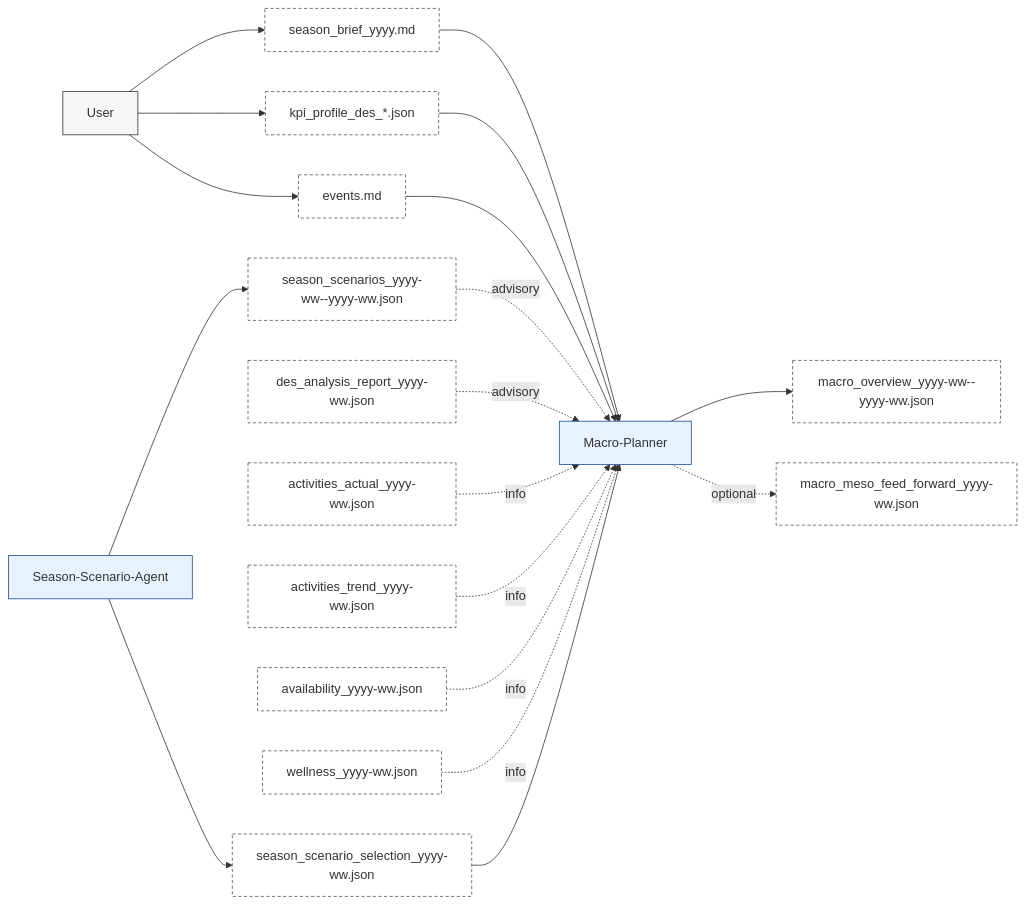
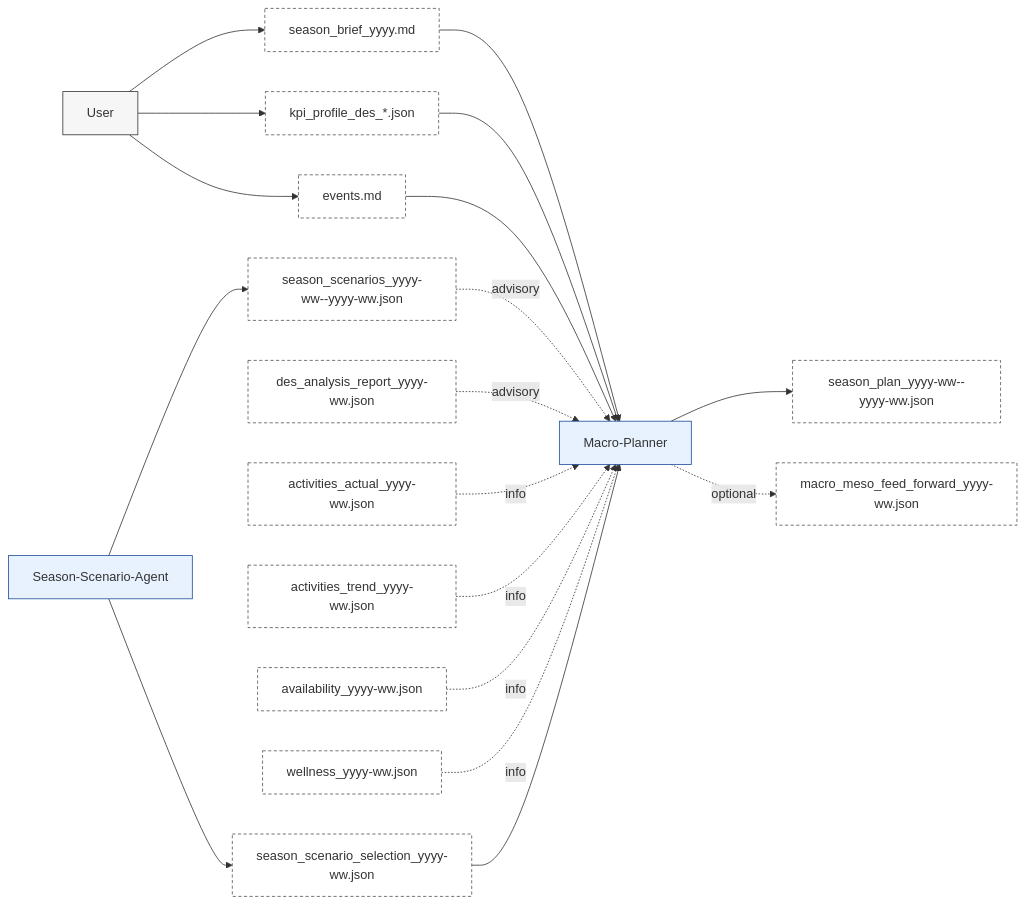
The third of 8 diagrams in doc/artefact_flow_overview_and_detail.md (albauer-priv/RPS), drawn with Mermaid before and after one commit. The commit also changed other lines of this file and 94 other files, not shown here.

````diff
--- a/doc/artefact_flow_overview_and_detail.md
+++ b/doc/artefact_flow_overview_and_detail.md
@@ -168,23 +168,23 @@
 ```mermaid
 flowchart LR
   U[User]:::actor --> SB[season_brief_yyyy.md]:::artefact --> MA[Macro-Planner]:::agent
   U --> KP[kpi_profile_des_*.json]:::artefact --> MA
   U --> EV[events.md]:::artefact --> MA
   SC[season_scenarios_yyyy-ww--yyyy-ww.json]:::artefact -. advisory .-> MA
   DR[des_analysis_report_yyyy-ww.json]:::artefact -. advisory .-> MA
   AA[activities_actual_yyyy-ww.json]:::artefact -. info .-> MA
   AT[activities_trend_yyyy-ww.json]:::artefact -. info .-> MA
   AV[availability_yyyy-ww.json]:::artefact -. info .-> MA
   WL[wellness_yyyy-ww.json]:::artefact -. info .-> MA
 
   SS[Season-Scenario-Agent]:::agent --> SC
   SS --> SEL[season_scenario_selection_yyyy-ww.json]:::artefact --> MA
 
-  MA --> MO[macro_overview_yyyy-ww--yyyy-ww.json]:::artefact
+  MA --> MO[season_plan_yyyy-ww--yyyy-ww.json]:::artefact
   MA -. optional .-> MMFF[macro_meso_feed_forward_yyyy-ww.json]:::artefact
 
   classDef actor fill:#f6f6f6,stroke:#333,stroke-width:1px;
   classDef agent fill:#e8f2ff,stroke:#1f4b99,stroke-width:1px;
   classDef artefact fill:#ffffff,stroke:#555,stroke-dasharray: 4 3,stroke-width:1px;
   classDef component fill:#eef8ee,stroke:#2f6b2f,stroke-width:1px;
 ```
````
